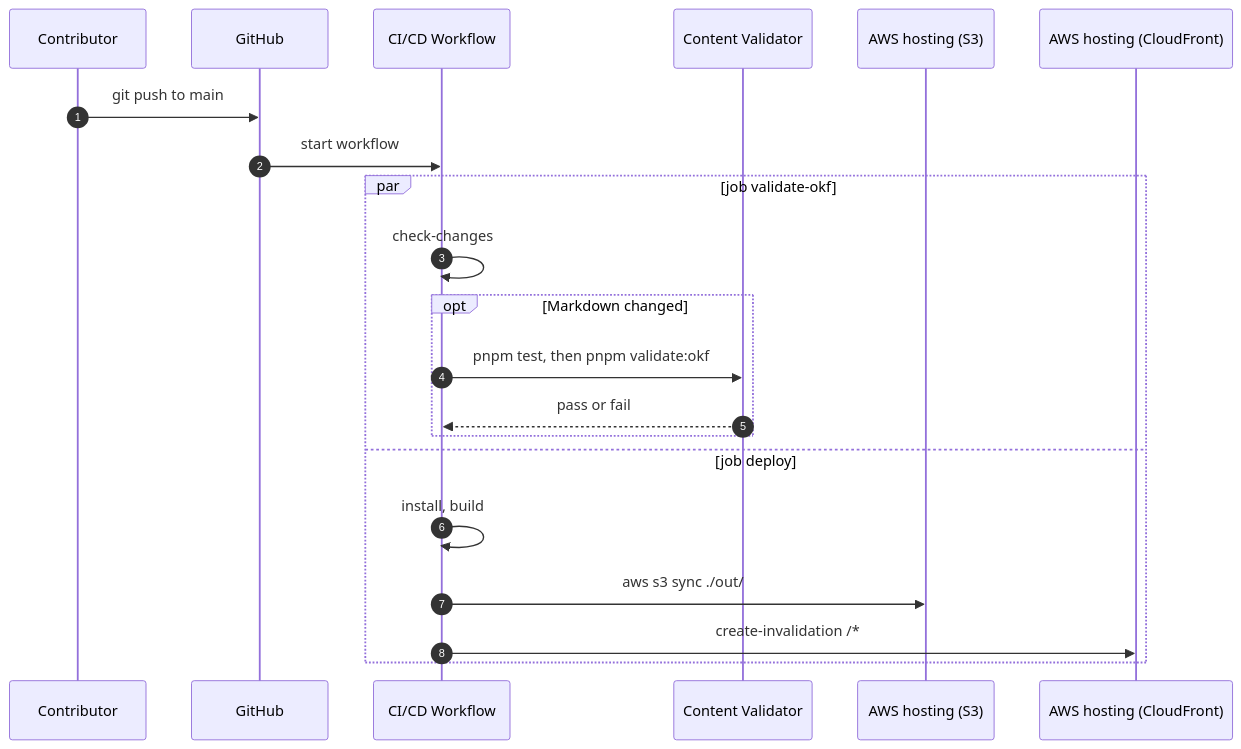
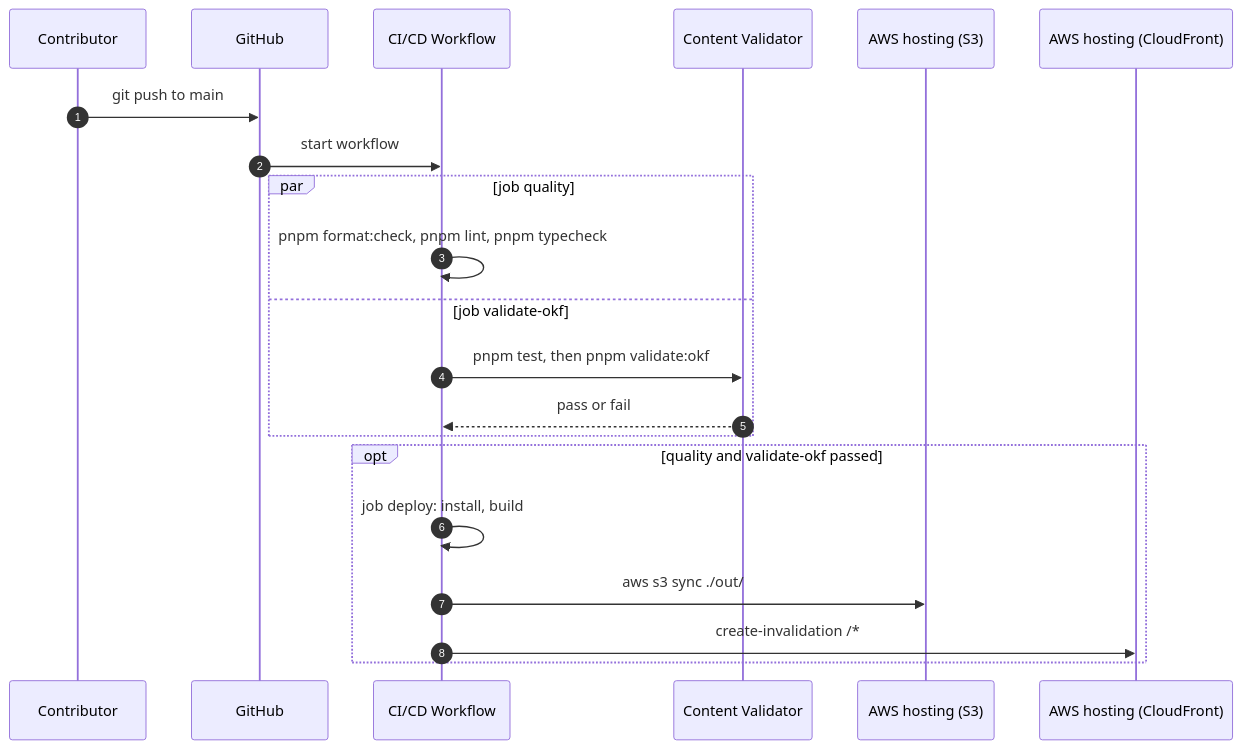
One commit to mrpitch/atelier-fuer-innovationen changed the diagram in docs/architecture/06-runtime/runtime-publish-change.md. Above: the diagram before and after it, drawn with Mermaid. The commit also changed other lines of this file and 8 other files, not shown here.

First line of the commit message:
docs: document format, lint and typecheck gates and the gated deploy

````diff
--- a/docs/architecture/06-runtime/runtime-publish-change.md
+++ b/docs/architecture/06-runtime/runtime-publish-change.md
@@ -31,26 +31,26 @@
 ```mermaid
 sequenceDiagram
   accTitle: Publishing a change
-  accDescr: A push to main starts the workflow. Job check-changes looks for Markdown changes. If there are any, job validate-okf runs tests and the Content Validator. Job deploy runs in parallel and does not wait for validation. It installs, builds, syncs the export to S3 and invalidates CloudFront.
+  accDescr: A push to main starts the workflow. Job quality runs the format check, lint and typecheck. Job validate-okf runs the tests and the Content Validator. Job deploy starts only when both have passed. It installs, builds, syncs the export to S3 and invalidates CloudFront.
   autonumber
   participant C as Contributor
   participant GH as GitHub
   participant CI as CI/CD Workflow
   participant VAL as Content Validator
   participant S3 as AWS hosting (S3)
   participant CF as AWS hosting (CloudFront)
 
   C->>GH: git push to main
   GH->>CI: start workflow
-  par job validate-okf
-    CI->>CI: check-changes
-    opt Markdown changed
-      CI->>VAL: pnpm test, then pnpm validate:okf
-      VAL-->>CI: pass or fail
-    end
-  and job deploy
-    CI->>CI: install, build
+  par job quality
+    CI->>CI: pnpm format:check, pnpm lint, pnpm typecheck
+  and job validate-okf
+    CI->>VAL: pnpm test, then pnpm validate:okf
+    VAL-->>CI: pass or fail
+  end
+  opt quality and validate-okf passed
+    CI->>CI: job deploy: install, build
     CI->>S3: aws s3 sync ./out/
     CI->>CF: create-invalidation /*
   end
 ```
````
